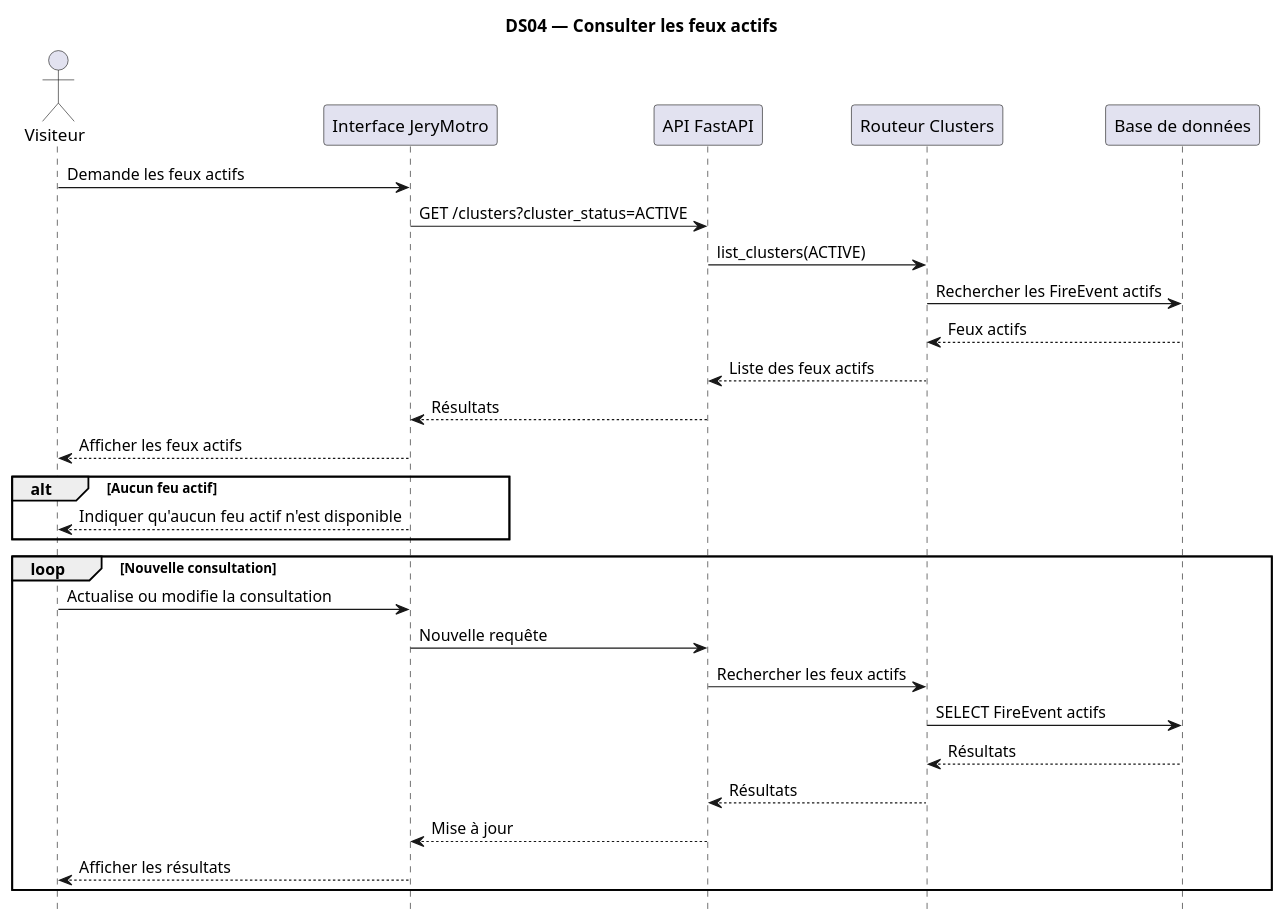
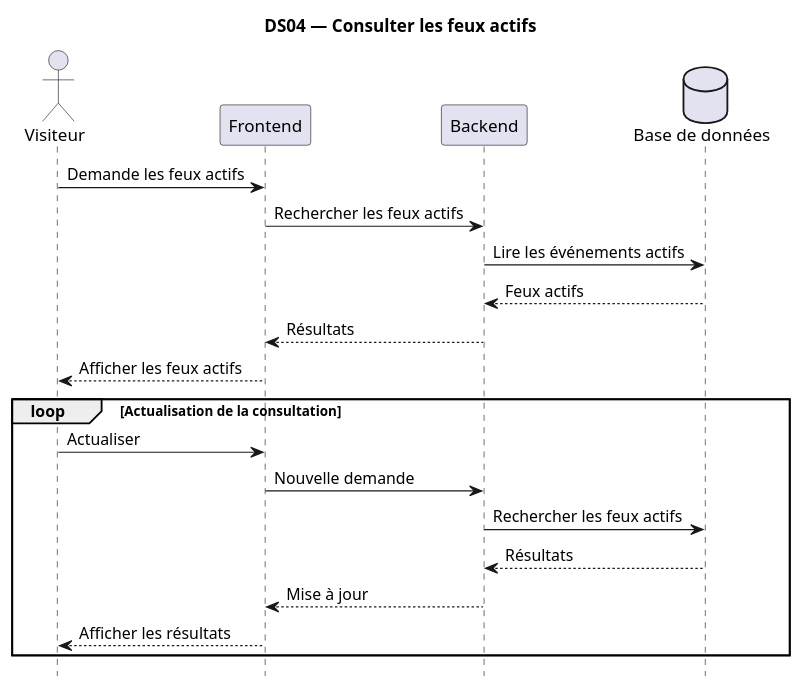
One commit to TkAbeleon/NoteAcemiqueProjetSoutenanceL3 changed the diagram in UML_JeryMotro/DS04_Consulter_feux_actifs.plantuml. Above: the diagram before and after it, drawn with PlantUML.

Commit message:
Alléger DS04 avec les couches principales

```diff
--- a/UML_JeryMotro/DS04_Consulter_feux_actifs.plantuml
+++ b/UML_JeryMotro/DS04_Consulter_feux_actifs.plantuml
@@ -1,37 +1,28 @@
 @startuml
 
 title DS04 — Consulter les feux actifs
 hide footbox
 skinparam shadowing false
 
 actor "Visiteur" as V
-participant "Interface JeryMotro" as I
-participant "API FastAPI" as API
-participant "Routeur Clusters" as C
-participant "Base de données" as DB
+participant "Frontend" as F
+participant "Backend" as B
+database "Base de données" as DB
 
-V -> I : Demande les feux actifs
-I -> API : GET /clusters?cluster_status=ACTIVE
-API -> C : list_clusters(ACTIVE)
-C -> DB : Rechercher les FireEvent actifs
-DB --> C : Feux actifs
-C --> API : Liste des feux actifs
-API --> I : Résultats
-I --> V : Afficher les feux actifs
+V -> F : Demande les feux actifs
+F -> B : Rechercher les feux actifs
+B -> DB : Lire les événements actifs
+DB --> B : Feux actifs
+B --> F : Résultats
+F --> V : Afficher les feux actifs
 
-alt Aucun feu actif
-    I --> V : Indiquer qu'aucun feu actif n'est disponible
-end
-
-loop Nouvelle consultation
-    V -> I : Actualise ou modifie la consultation
-    I -> API : Nouvelle requête
-    API -> C : Rechercher les feux actifs
-    C -> DB : SELECT FireEvent actifs
-    DB --> C : Résultats
-    C --> API : Résultats
-    API --> I : Mise à jour
-    I --> V : Afficher les résultats
+loop Actualisation de la consultation
+    V -> F : Actualiser
+    F -> B : Nouvelle demande
+    B -> DB : Rechercher les feux actifs
+    DB --> B : Résultats
+    B --> F : Mise à jour
+    F --> V : Afficher les résultats
 end
 
 @enduml
```
